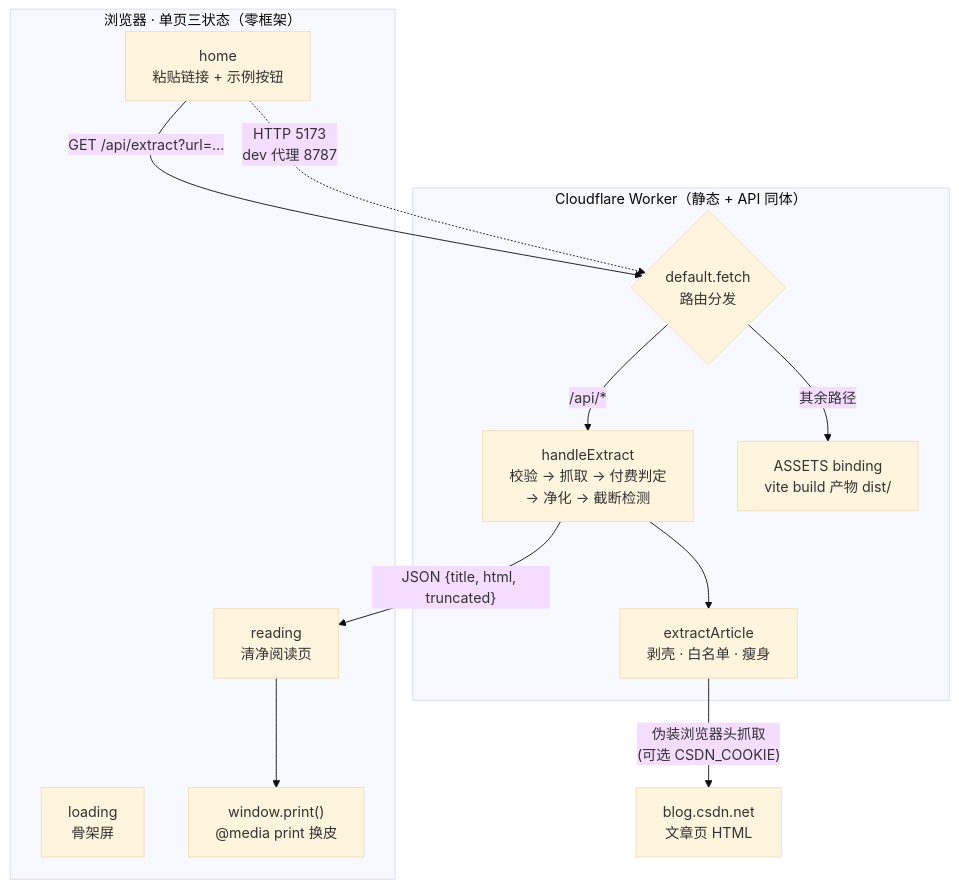
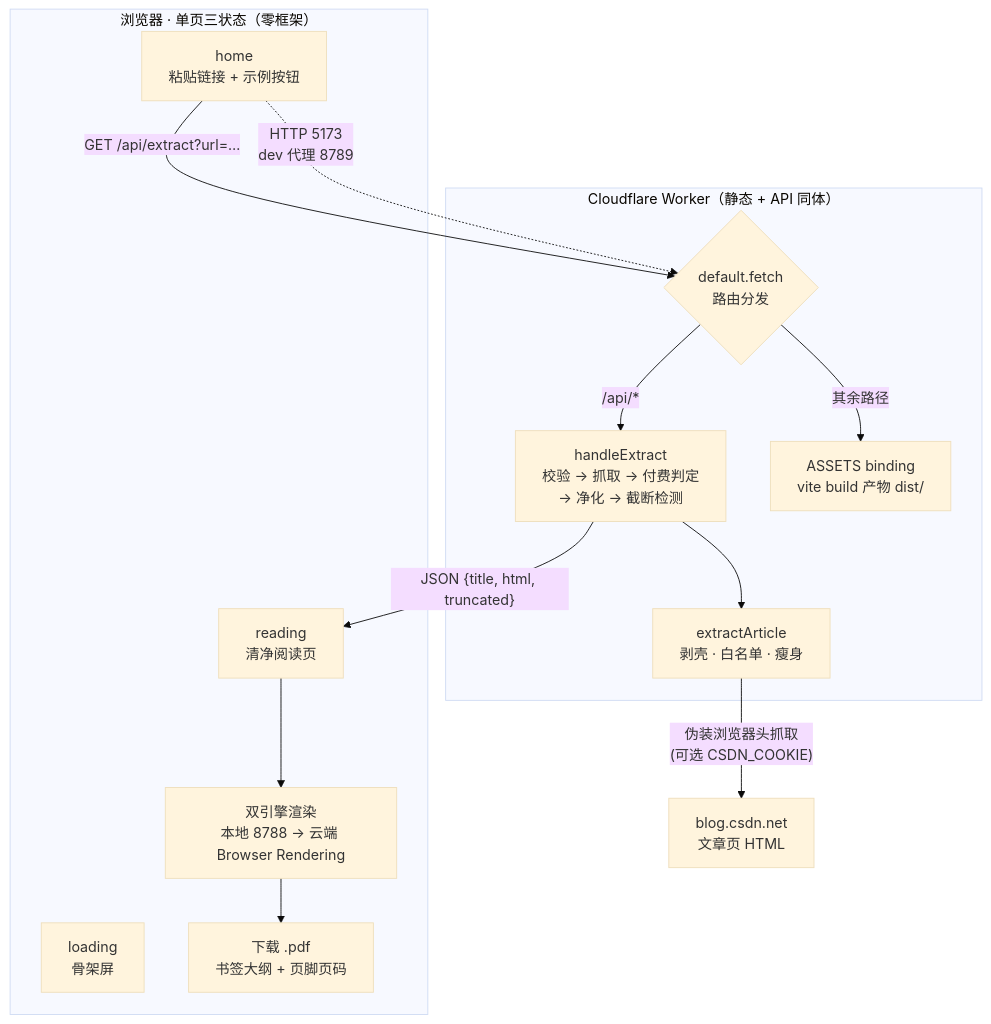
One commit to WeatherCore/csdn-to-pdf changed the diagram in README.md. Above: the diagram before and after it, drawn with Mermaid (base theme). The commit also changed other lines of this file, not shown here.

````diff
--- a/README.md
+++ b/README.md
@@ -56,27 +57,29 @@
 ```mermaid
 flowchart TB
     subgraph FE["浏览器 · 单页三状态（零框架）"]
         HOME["home<br/>粘贴链接 + 示例按钮"]
         SKEL["loading<br/>骨架屏"]
         READER["reading<br/>清净阅读页"]
-        PRINT["window.print()<br/>@media print 换皮"]
+        PRINT["双引擎渲染<br/>本地 8788 → 云端 Browser Rendering"]
+    PDF["下载 .pdf<br/>书签大纲 + 页脚页码"]
     end
 
     subgraph WK["Cloudflare Worker（静态 + API 同体）"]
         ROUTE{"default.fetch<br/>路由分发"}
         API["handleExtract<br/>校验 → 抓取 → 付费判定<br/>→ 净化 → 截断检测"]
         SAN["extractArticle<br/>剥壳 · 白名单 · 瘦身"]
         ASSETS["ASSETS binding<br/>vite build 产物 dist/"]
     end
 
     CSDN["blog.csdn.net<br/>文章页 HTML"]
 
     HOME -- "GET /api/extract?url=…" --> ROUTE
     ROUTE -- "/api/*" --> API
     ROUTE -- "其余路径" --> ASSETS
     API --> SAN
     SAN -- "伪装浏览器头抓取<br/>(可选 CSDN_COOKIE)" --> CSDN
     API -- "JSON {title, html, truncated}" --> READER
     READER --> PRINT
-    HOME -.->|HTTP 5173<br/>dev 代理 8787| ROUTE
+    PRINT --> PDF
+    HOME -.->|HTTP 5173<br/>dev 代理 8789| ROUTE
 ```
````
